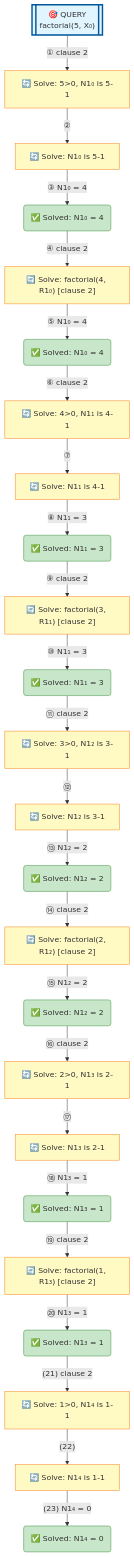
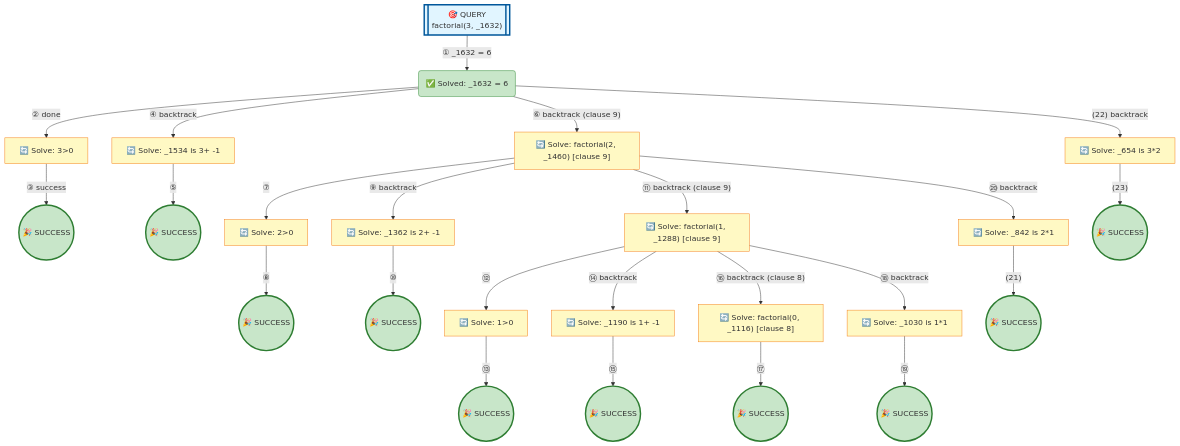
One commit to jarecsni/prolog-trace-viz changed the diagram in examples/factorial-minimal.md. Above: the diagram before and after it, drawn with Mermaid. The commit also changed other lines of this file and 26 other files, not shown here.

````diff
--- a/examples/factorial-minimal.md
+++ b/examples/factorial-minimal.md
@@ -16,80 +16,80 @@
 ```mermaid
 graph TD
 
 %% Nodes
-A[["🎯 QUERY<br/>factorial(5, X₀)"]]
-B["🔄 Solve: 5>0, N1₀ is 5-1"]
-C["🔄 Solve: N1₀ is 5-1"]
-D("✅ Solved: N1₀ = 4")
-E["🔄 Solve: factorial(4, R1₀) [clause 2]"]
-F("✅ Solved: N1₀ = 4")
-G["🔄 Solve: 4>0, N1₁ is 4-1"]
-H["🔄 Solve: N1₁ is 4-1"]
-I("✅ Solved: N1₁ = 3")
-J["🔄 Solve: factorial(3, R1₁) [clause 2]"]
-K("✅ Solved: N1₁ = 3")
-L["🔄 Solve: 3>0, N1₂ is 3-1"]
-M["🔄 Solve: N1₂ is 3-1"]
-N("✅ Solved: N1₂ = 2")
-O["🔄 Solve: factorial(2, R1₂) [clause 2]"]
-P("✅ Solved: N1₂ = 2")
-Q["🔄 Solve: 2>0, N1₃ is 2-1"]
-R["🔄 Solve: N1₃ is 2-1"]
-S("✅ Solved: N1₃ = 1")
-T["🔄 Solve: factorial(1, R1₃) [clause 2]"]
-U("✅ Solved: N1₃ = 1")
-V["🔄 Solve: 1>0, N1₄ is 1-1"]
-W["🔄 Solve: N1₄ is 1-1"]
-X("✅ Solved: N1₄ = 0")
+A[["🎯 QUERY<br/>factorial(3, _1632)"]]
+B("✅ Solved: _1632 = 6")
+C["🔄 Solve: 3>0"]
+D(("🎉 SUCCESS"))
+E["🔄 Solve: _1534 is 3+ -1"]
+F(("🎉 SUCCESS"))
+G["🔄 Solve: factorial(2, _1460) [clause 9]"]
+H["🔄 Solve: 2>0"]
+I(("🎉 SUCCESS"))
+J["🔄 Solve: _1362 is 2+ -1"]
+K(("🎉 SUCCESS"))
+L["🔄 Solve: factorial(1, _1288) [clause 9]"]
+M["🔄 Solve: 1>0"]
+N(("🎉 SUCCESS"))
+O["🔄 Solve: _1190 is 1+ -1"]
+P(("🎉 SUCCESS"))
+Q["🔄 Solve: factorial(0, _1116) [clause 8]"]
+R(("🎉 SUCCESS"))
+S["🔄 Solve: _1030 is 1*1"]
+T(("🎉 SUCCESS"))
+U["🔄 Solve: _842 is 2*1"]
+V(("🎉 SUCCESS"))
+W["🔄 Solve: _654 is 3*2"]
+X(("🎉 SUCCESS"))
 
 %% Edges
-A -->|"① clause 2"| B
-B -->|"②"| C
-C -->|"③ N1₀ = 4"| D
-D -->|"④ clause 2"| E
-E -->|"⑤ N1₀ = 4"| F
-F -->|"⑥ clause 2"| G
+A -->|"① _1632 = 6"| B
+B -->|"② done"| C
+C -->|"③ success"| D
+B -->|"④ backtrack"| E
+E -->|"⑤"| F
+B -->|"⑥ backtrack (clause 9)"| G
 G -->|"⑦"| H
-H -->|"⑧ N1₁ = 3"| I
-I -->|"⑨ clause 2"| J
-J -->|"⑩ N1₁ = 3"| K
-K -->|"⑪ clause 2"| L
+H -->|"⑧"| I
+G -->|"⑨ backtrack"| J
+J -->|"⑩"| K
+G -->|"⑪ backtrack (clause 9)"| L
 L -->|"⑫"| M
-M -->|"⑬ N1₂ = 2"| N
-N -->|"⑭ clause 2"| O
-O -->|"⑮ N1₂ = 2"| P
-P -->|"⑯ clause 2"| Q
+M -->|"⑬"| N
+L -->|"⑭ backtrack"| O
+O -->|"⑮"| P
+L -->|"⑯ backtrack (clause 8)"| Q
 Q -->|"⑰"| R
-R -->|"⑱ N1₃ = 1"| S
-S -->|"⑲ clause 2"| T
-T -->|"⑳ N1₃ = 1"| U
-U -->|"(21) clause 2"| V
-V -->|"(22)"| W
-W -->|"(23) N1₄ = 0"| X
+L -->|"⑱ backtrack"| S
+S -->|"⑲"| T
+G -->|"⑳ backtrack"| U
+U -->|"(21)"| V
+B -->|"(22) backtrack"| W
+W -->|"(23)"| X
 
 %% Styles
 style A fill:#e1f5ff,stroke:#01579b,stroke-width:3px
-style B fill:#fff9c4,stroke:#f57f17
+style B fill:#c8e6c9,stroke:#388e3c
 style C fill:#fff9c4,stroke:#f57f17
-style D fill:#c8e6c9,stroke:#388e3c
+style D fill:#c8e6c9,stroke:#2e7d32,stroke-width:3px
 style E fill:#fff9c4,stroke:#f57f17
-style F fill:#c8e6c9,stroke:#388e3c
+style F fill:#c8e6c9,stroke:#2e7d32,stroke-width:3px
 style G fill:#fff9c4,stroke:#f57f17
 style H fill:#fff9c4,stroke:#f57f17
-style I fill:#c8e6c9,stroke:#388e3c
+style I fill:#c8e6c9,stroke:#2e7d32,stroke-width:3px
 style J fill:#fff9c4,stroke:#f57f17
-style K fill:#c8e6c9,stroke:#388e3c
+style K fill:#c8e6c9,stroke:#2e7d32,stroke-width:3px
 style L fill:#fff9c4,stroke:#f57f17
 style M fill:#fff9c4,stroke:#f57f17
-style N fill:#c8e6c9,stroke:#388e3c
+style N fill:#c8e6c9,stroke:#2e7d32,stroke-width:3px
 style O fill:#fff9c4,stroke:#f57f17
-style P fill:#c8e6c9,stroke:#388e3c
+style P fill:#c8e6c9,stroke:#2e7d32,stroke-width:3px
 style Q fill:#fff9c4,stroke:#f57f17
-style R fill:#fff9c4,stroke:#f57f17
-style S fill:#c8e6c9,stroke:#388e3c
-style T fill:#fff9c4,stroke:#f57f17
-style U fill:#c8e6c9,stroke:#388e3c
-style V fill:#fff9c4,stroke:#f57f17
+style R fill:#c8e6c9,stroke:#2e7d32,stroke-width:3px
+style S fill:#fff9c4,stroke:#f57f17
+style T fill:#c8e6c9,stroke:#2e7d32,stroke-width:3px
+style U fill:#fff9c4,stroke:#f57f17
+style V fill:#c8e6c9,stroke:#2e7d32,stroke-width:3px
 style W fill:#fff9c4,stroke:#f57f17
-style X fill:#c8e6c9,stroke:#388e3c
+style X fill:#c8e6c9,stroke:#2e7d32,stroke-width:3px
 ```
````
